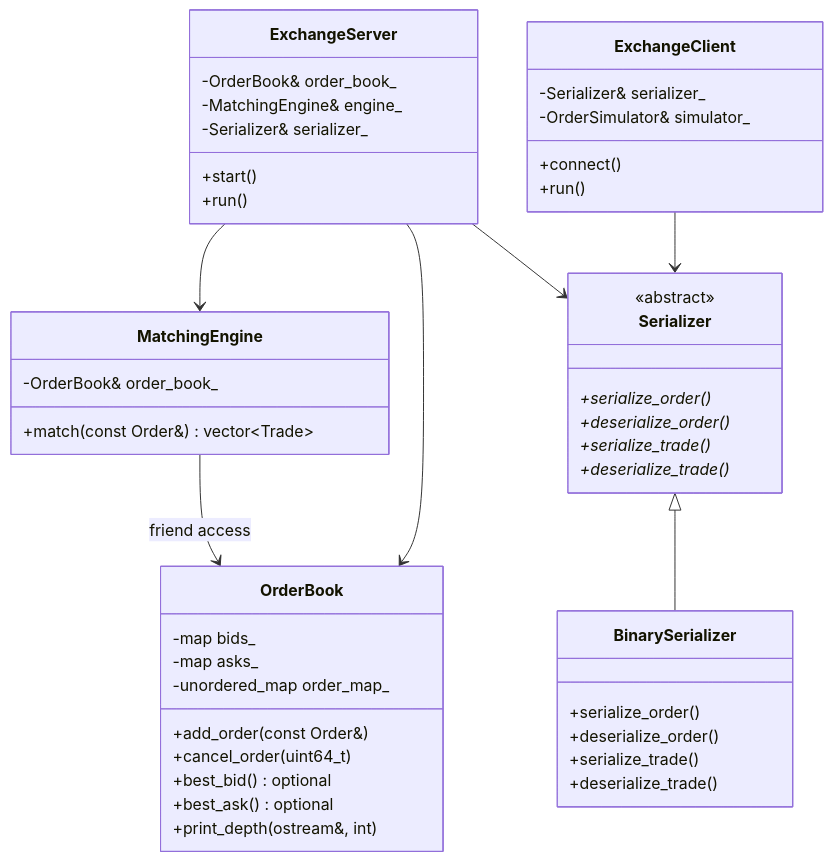
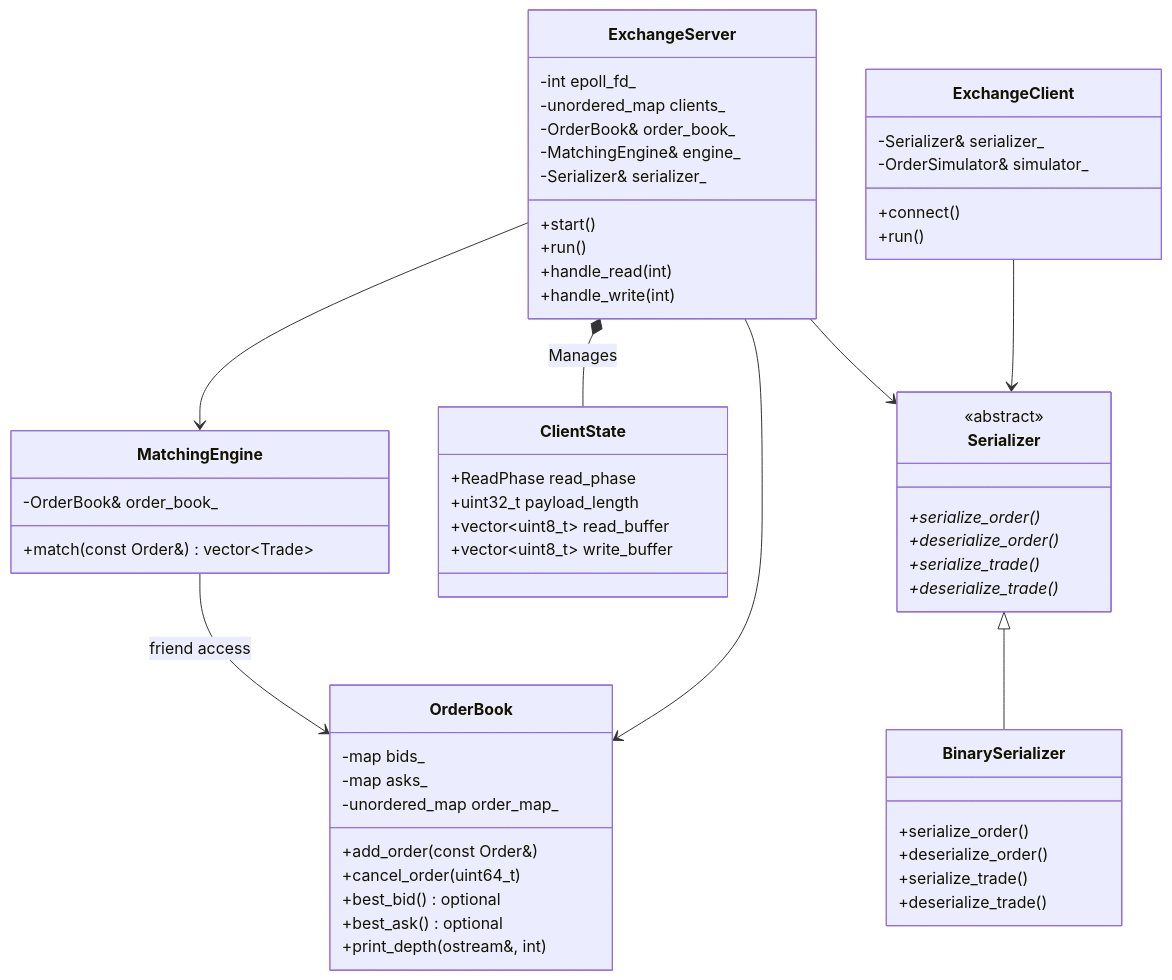
Before and after one commit to GlenFilson/exchange-simulator: the second of 2 diagrams in README.md, drawn with Mermaid. The commit also changed other lines of this file and 11 other files, not shown here.

````diff
--- a/README.md
+++ b/README.md
@@ -21,49 +21,61 @@
 ```mermaid
 classDiagram
     class OrderBook {
         -map bids_
         -map asks_
         -unordered_map order_map_
         +add_order(const Order&)
         +cancel_order(uint64_t)
         +best_bid() optional
         +best_ask() optional
         +print_depth(ostream&, int)
     }
     class MatchingEngine {
         -OrderBook& order_book_
         +match(const Order&) vector~Trade~
     }
+    class ClientState {
+        +ReadPhase read_phase
+        +uint32_t payload_length
+        +vector~uint8_t~ read_buffer
+        +vector~uint8_t~ write_buffer
+    }
     class Serializer {
         <<abstract>>
         +serialize_order()*
         +deserialize_order()*
         +serialize_trade()*
         +deserialize_trade()*
     }
     class BinarySerializer {
         +serialize_order()
         +deserialize_order()
         +serialize_trade()
         +deserialize_trade()
     }
     class ExchangeServer {
+        -int epoll_fd_
+        -unordered_map clients_
         -OrderBook& order_book_
         -MatchingEngine& engine_
         -Serializer& serializer_
         +start()
         +run()
+        +handle_read(int)
+        +handle_write(int)
     }
     class ExchangeClient {
         -Serializer& serializer_
         -OrderSimulator& simulator_
         +connect()
         +run()
     }
+    
+    ExchangeServer *-- ClientState : Manages
     MatchingEngine --> OrderBook : friend access
     Serializer <|-- BinarySerializer
     ExchangeServer --> MatchingEngine
     ExchangeServer --> OrderBook
     ExchangeServer --> Serializer
     ExchangeClient --> Serializer
 ```
````
